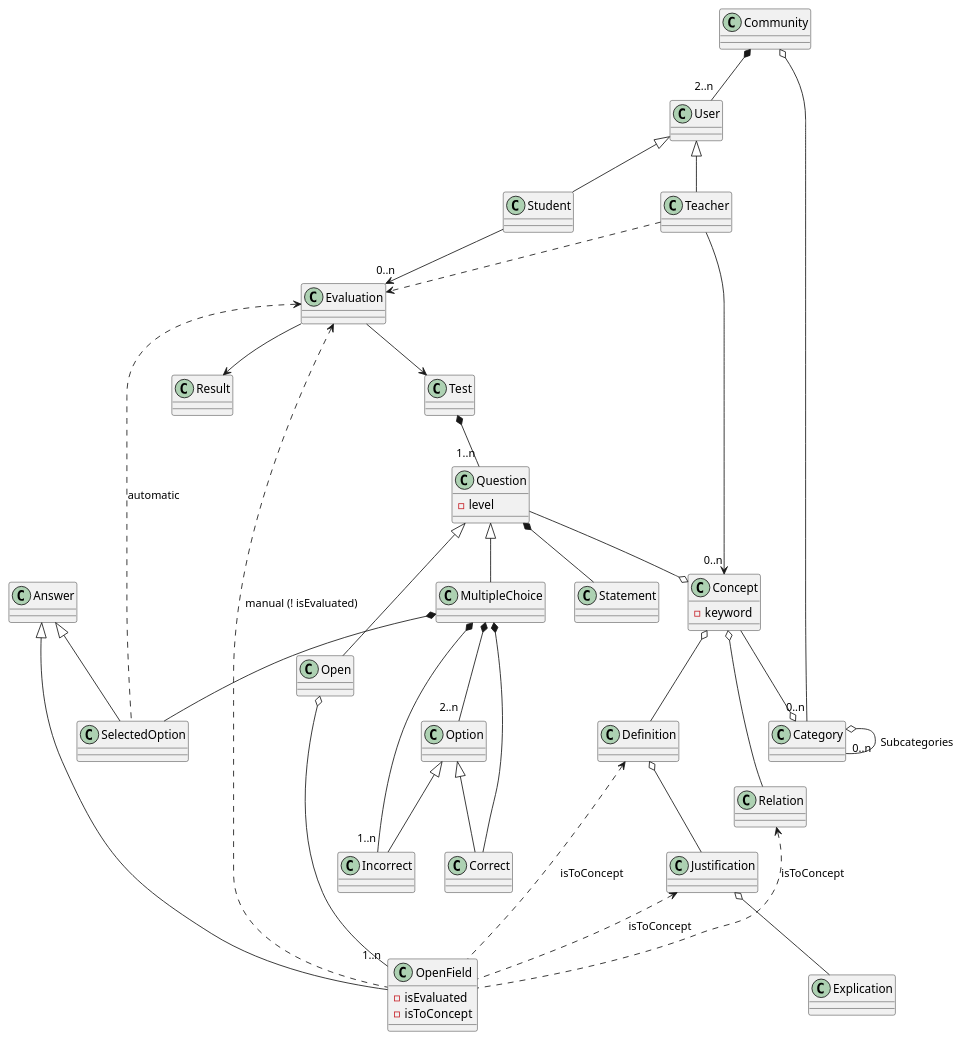
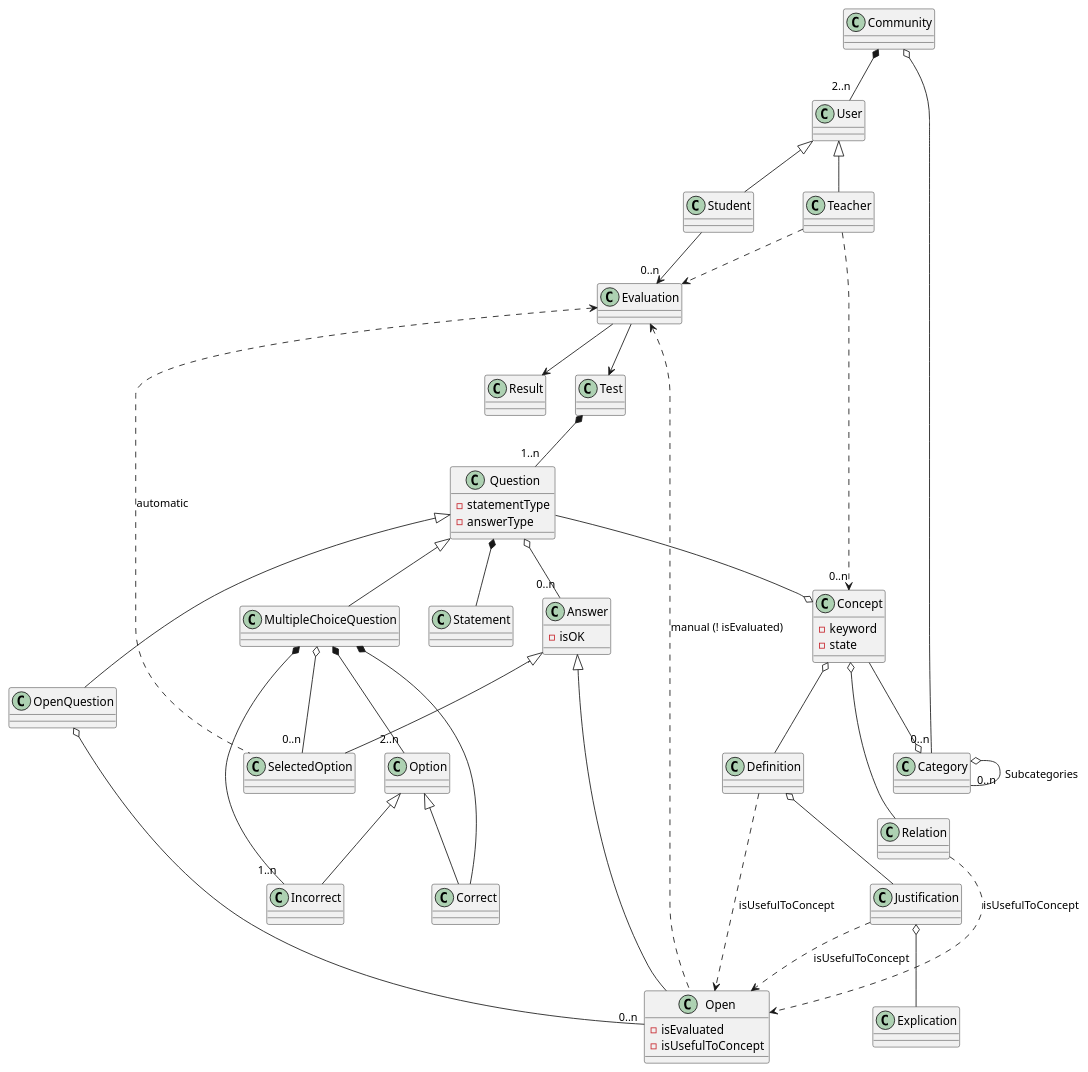
The diagram in doc/dominio_clases.puml (Joselon/ProyectoOpoTest), drawn with PlantUML before and after one commit. The commit also changed 3 other files, not shown here.

```diff
--- a/doc/dominio_clases.puml
+++ b/doc/dominio_clases.puml
@@ -1,93 +1,97 @@
 @startuml OpoTestDomain
 
 class Community
 
 class User
 
 class Teacher
 
 class Student
 
 class Evaluation
 
 class Result
 
 class Category 
 
 class Test 
 
 class Concept {
     - keyword
+    - state
 }
 
 class Question {
-    - level
+    - statementType
+    - answerType
 }
 
 class Statement
 
-class Answer 
+class Answer {
+    - isOK
+}
 
-class Open 
+class MultipleChoiceQuestion
 
-class MultipleChoice
+class OpenQuestion
 
 class Option
 
 class Correct
 
 Class Incorrect
 
-class OpenField {
+class Open {
     - isEvaluated
-    - isToConcept
+    - isUsefulToConcept
 }
 
 Class SelectedOption
 
 
 Community *--"2..n" User
 Community o--"0..n" Category
 
 Category o--"0..n" Category : Subcategories
 
 User <|-- Teacher
 User <|-- Student
 
-Teacher -->"0..n" Concept
+Teacher ..>"0..n" Concept
 Concept --o Category
 Question --o Concept
 Concept o-- Definition
 Definition o-- Justification
 Justification o-- Explication
 Concept o-- Relation
 
 Student -->"0..n" Evaluation
 Evaluation --> Test
 Evaluation --> Result
 
 Teacher ..> Evaluation
-'AnswersToReview *--  OpenField
-Definition <.. OpenField :isToConcept
-Justification <.. OpenField :isToConcept
-Relation <.. OpenField :isToConcept
+Definition ..> Open :isUsefulToConcept
+Justification ..> Open :isUsefulToConcept
+Relation ..> Open :isUsefulToConcept
 
-Evaluation <.. OpenField : manual (! isEvaluated)
+Evaluation <.. Open : manual (! isEvaluated)
 Evaluation <.. SelectedOption : automatic
 
 Test *--"1..n" Question
-Question <|-- MultipleChoice
-Question <|-- Open
+Question <|-- MultipleChoiceQuestion
+Question <|-- OpenQuestion
 Question *--   Statement
-MultipleChoice *--"2..n" Option
+MultipleChoiceQuestion *--"2..n" Option
 Option <|-- Incorrect
 Option <|-- Correct
-MultipleChoice *-- Correct
-MultipleChoice *--"1..n" Incorrect
-MultipleChoice *-- SelectedOption
-Open o--"1..n" OpenField
-Answer <|-- OpenField
+MultipleChoiceQuestion *-- Correct
+MultipleChoiceQuestion *--"1..n" Incorrect
+MultipleChoiceQuestion o--"0..n" SelectedOption
+OpenQuestion o--"0..n" Open
+Question o--"0..n" Answer
+Answer <|-- Open
 Answer <|-- SelectedOption
 
 
 @enduml
```
